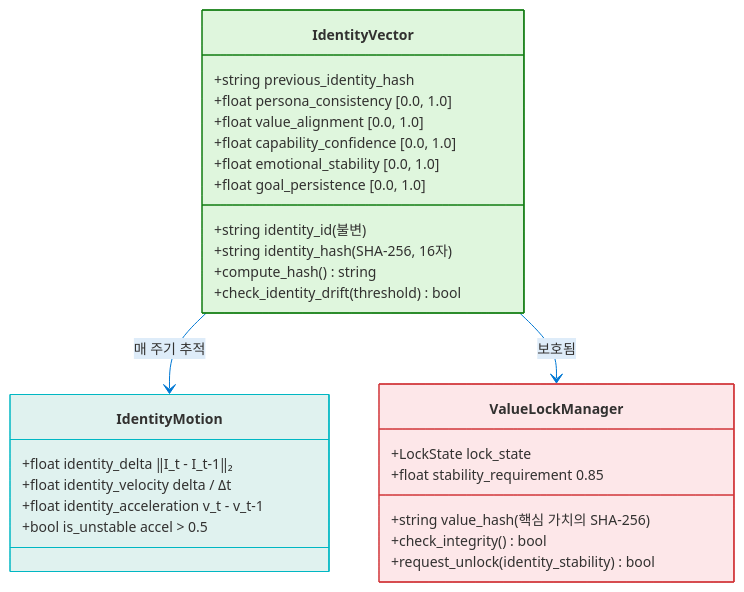
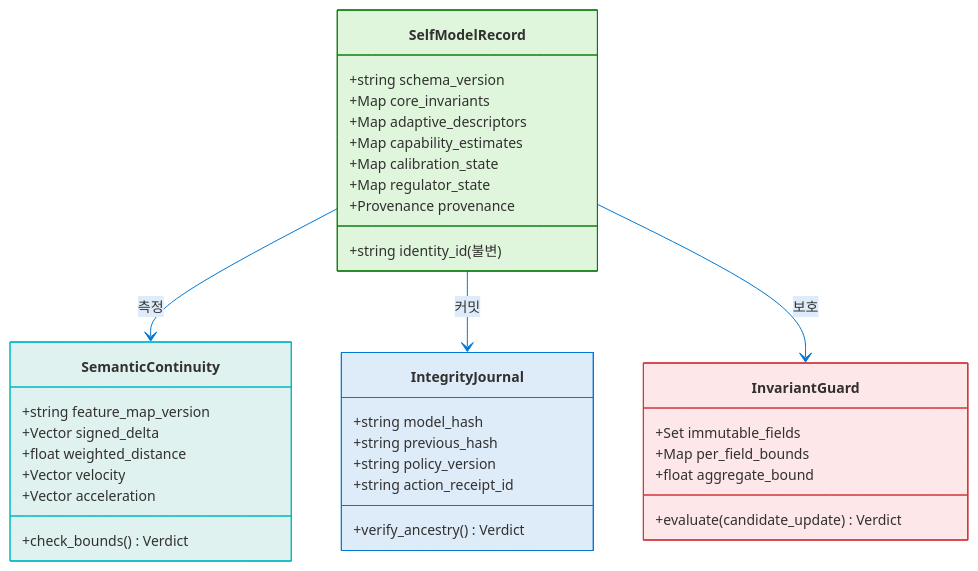
The ninth of 19 diagrams in docs/levels/Level_3_Self_Regulating_Agent.ko.md (dotnetpower/mscp), drawn with Mermaid before and after one commit. The commit also changed other lines of this file and 21 other files, not shown here.

````diff
--- a/docs/levels/Level_3_Self_Regulating_Agent.ko.md
+++ b/docs/levels/Level_3_Self_Regulating_Agent.ko.md
@@ -652,38 +723,47 @@
 ```mermaid
 %%{init: {'theme': 'base', 'themeVariables': {'primaryColor': '#0078D4', 'primaryTextColor': '#003D6B', 'primaryBorderColor': '#003D6B', 'secondaryColor': '#50E6FF', 'secondaryTextColor': '#323130', 'secondaryBorderColor': '#00BCF2', 'tertiaryColor': '#F2F2F2', 'tertiaryTextColor': '#323130', 'lineColor': '#0078D4', 'textColor': '#323130', 'mainBkg': '#DEECF9', 'nodeBorder': '#0078D4', 'clusterBkg': '#F2F2F2', 'clusterBorder': '#003D6B', 'titleColor': '#003D6B', 'edgeLabelBackground': '#FFFFFF', 'fontSize': '14px'}}}%%
 classDiagram
-  class IdentityVector {
+  class SelfModelRecord {
     +string identity_id (불변)
-    +string identity_hash (SHA-256, 16자)
-    +string previous_identity_hash
-    +float persona_consistency [0.0, 1.0]
-    +float value_alignment [0.0, 1.0]
-    +float capability_confidence [0.0, 1.0]
-    +float emotional_stability [0.0, 1.0]
-    +float goal_persistence [0.0, 1.0]
-    +compute_hash() string
-    +check_identity_drift(threshold) bool
+    +string schema_version
+    +Map core_invariants
+    +Map adaptive_descriptors
+    +Map capability_estimates
+    +Map calibration_state
+    +Map regulator_state
+    +Provenance provenance
   }
 
-  class IdentityMotion {
-    +float identity_delta ‖I_t - I_t-1‖₂
-    +float identity_velocity delta / Δt
-    +float identity_acceleration v_t - v_t-1
-    +bool is_unstable accel > 0.5
+  class SemanticContinuity {
+    +string feature_map_version
+    +Vector signed_delta
+    +float weighted_distance
+    +Vector velocity
+    +Vector acceleration
+    +check_bounds() Verdict
   }
 
-  class ValueLockManager {
-    +LockState lock_state
-    +string value_hash (핵심 가치의 SHA-256)
-    +float stability_requirement 0.85
-    +check_integrity() bool
-    +request_unlock(identity_stability) bool
+  class IntegrityJournal {
+    +string model_hash
+    +string previous_hash
+    +string policy_version
+    +string action_receipt_id
+    +verify_ancestry() Verdict
   }
 
-  IdentityVector --> IdentityMotion : 매 주기 추적
-  IdentityVector --> ValueLockManager : 보호됨
+  class InvariantGuard {
+    +Set immutable_fields
+    +Map per_field_bounds
+    +float aggregate_bound
+    +evaluate(candidate_update) Verdict
+  }
 
-  style IdentityVector fill:#DFF6DD,stroke:#107C10,color:#323130
-  style IdentityMotion fill:#E0F2EF,stroke:#00B7C3,color:#323130
-  style ValueLockManager fill:#FDE7E9,stroke:#D13438,color:#323130
+  SelfModelRecord --> SemanticContinuity : 측정
+  SelfModelRecord --> IntegrityJournal : 커밋
+  SelfModelRecord --> InvariantGuard : 보호
+
+  style SelfModelRecord fill:#DFF6DD,stroke:#107C10,color:#323130
+  style SemanticContinuity fill:#E0F2EF,stroke:#00B7C3,color:#323130
+  style IntegrityJournal fill:#DEECF9,stroke:#0078D4,color:#323130
+  style InvariantGuard fill:#FDE7E9,stroke:#D13438,color:#323130
 ```
````
